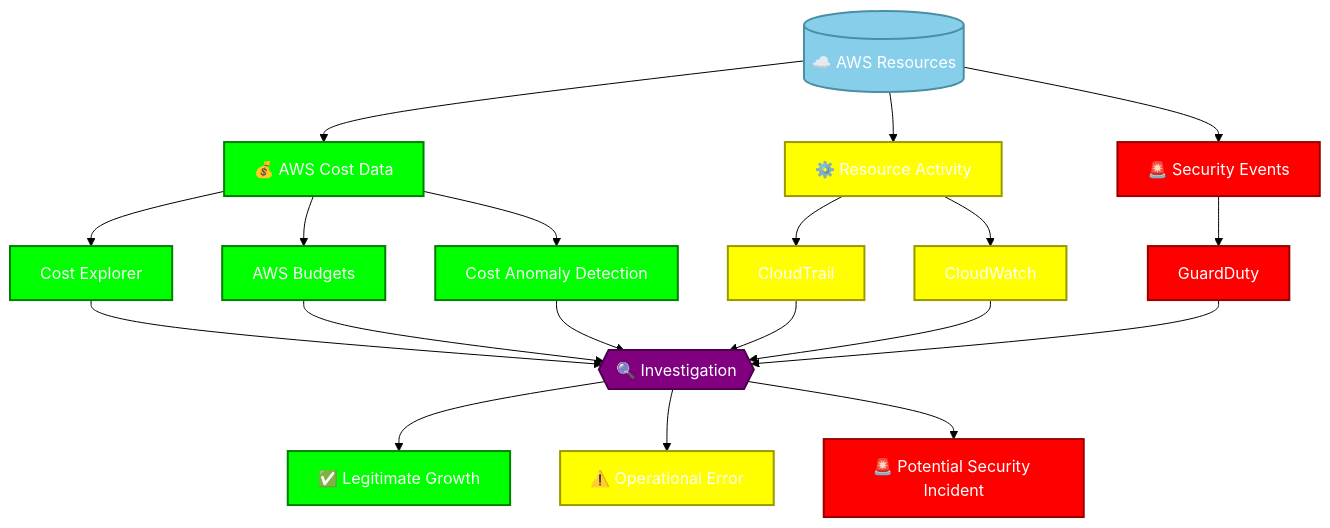
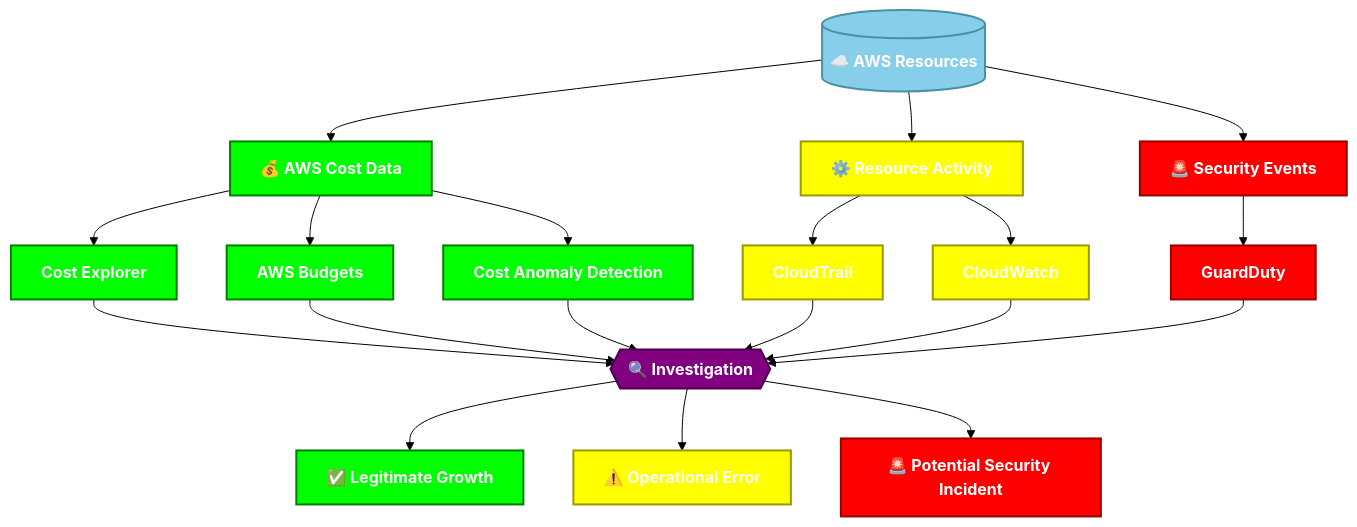
Before and after one commit to mbeeudo/-oakforge-aws-cloud-transformation: the diagram in 01 - AWS Cloud Cost Intelligence.md, drawn with Mermaid (forest theme).

Commit message:
Enhance styles with bold font-weight for clarity
Updated styles in the AWS Cloud Cost Intelligence document to include bold font-weight for various elements.

````diff
--- a/01 - AWS Cloud Cost Intelligence.md
+++ b/01 - AWS Cloud Cost Intelligence.md
@@ -32,41 +32,41 @@
 ```mermaid
 flowchart TD
     A[("☁️ AWS Resources")] --> B["💰 AWS Cost Data"]
     A --> C["⚙️ Resource Activity"]
     A --> D["🚨 Security Events"]
 
     B --> E["Cost Explorer"]
     B --> F["AWS Budgets"]
     B --> G["Cost Anomaly Detection"]
 
     C --> H["CloudTrail"]
     C --> I["CloudWatch"]
 
     D --> J["GuardDuty"]
 
     E --> K{{"🔍 Investigation"}}
     F --> K
     G --> K
     H --> K
     I --> K
     J --> K
 
     K --> L["✅ Legitimate Growth"]
     K --> M["⚠️ Operational Error"]
     K --> N["🚨 Potential Security Incident"]
 
-    style A fill:#87CEEB,stroke:#4a90a4,color:#ffffff,stroke-width:2px
-    style B fill:#00FF00,stroke:#008000,color:#ffffff,stroke-width:2px
-    style C fill:#FFFF00,stroke:#999900,color:#ffffff,stroke-width:2px
-    style D fill:#FF0000,stroke:#990000,color:#ffffff,stroke-width:2px
-    style E fill:#00FF00,stroke:#008000,color:#ffffff,stroke-width:2px
-    style F fill:#00FF00,stroke:#008000,color:#ffffff,stroke-width:2px
-    style G fill:#00FF00,stroke:#008000,color:#ffffff,stroke-width:2px
-    style H fill:#FFFF00,stroke:#999900,color:#ffffff,stroke-width:2px
-    style I fill:#FFFF00,stroke:#999900,color:#ffffff,stroke-width:2px
-    style J fill:#FF0000,stroke:#990000,color:#ffffff,stroke-width:2px
-    style K fill:#800080,stroke:#4d004d,color:#ffffff,stroke-width:2px
-    style L fill:#00FF00,stroke:#008000,color:#ffffff,stroke-width:2px
-    style M fill:#FFFF00,stroke:#999900,color:#ffffff,stroke-width:2px
-    style N fill:#FF0000,stroke:#990000,color:#ffffff,stroke-width:2px
+    style A fill:#87CEEB,stroke:#4a90a4,color:#ffffff,stroke-width:2px,font-weight:bold
+    style B fill:#00FF00,stroke:#008000,color:#ffffff,stroke-width:2px,font-weight:bold
+    style C fill:#FFFF00,stroke:#999900,color:#ffffff,stroke-width:2px,font-weight:bold
+    style D fill:#FF0000,stroke:#990000,color:#ffffff,stroke-width:2px,font-weight:bold
+    style E fill:#00FF00,stroke:#008000,color:#ffffff,stroke-width:2px,font-weight:bold
+    style F fill:#00FF00,stroke:#008000,color:#ffffff,stroke-width:2px,font-weight:bold
+    style G fill:#00FF00,stroke:#008000,color:#ffffff,stroke-width:2px,font-weight:bold
+    style H fill:#FFFF00,stroke:#999900,color:#ffffff,stroke-width:2px,font-weight:bold
+    style I fill:#FFFF00,stroke:#999900,color:#ffffff,stroke-width:2px,font-weight:bold
+    style J fill:#FF0000,stroke:#990000,color:#ffffff,stroke-width:2px,font-weight:bold
+    style K fill:#800080,stroke:#4d004d,color:#ffffff,stroke-width:2px,font-weight:bold
+    style L fill:#00FF00,stroke:#008000,color:#ffffff,stroke-width:2px,font-weight:bold
+    style M fill:#FFFF00,stroke:#999900,color:#ffffff,stroke-width:2px,font-weight:bold
+    style N fill:#FF0000,stroke:#990000,color:#ffffff,stroke-width:2px,font-weight:bold
 ```
````
